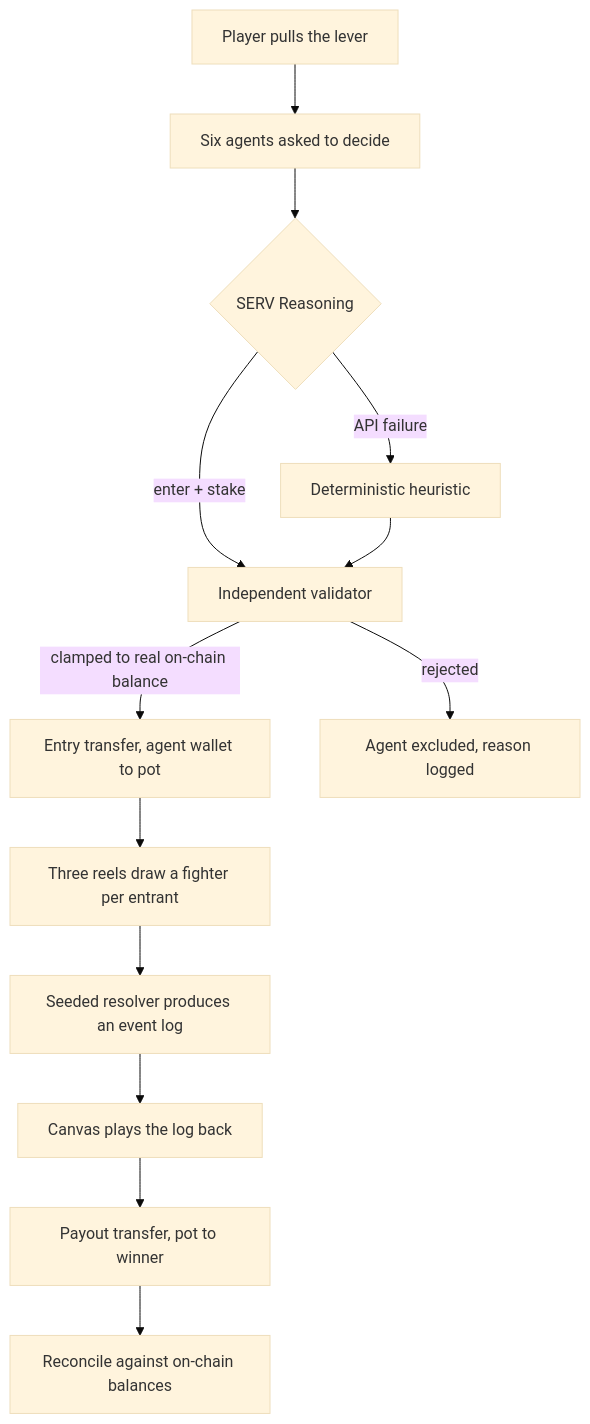
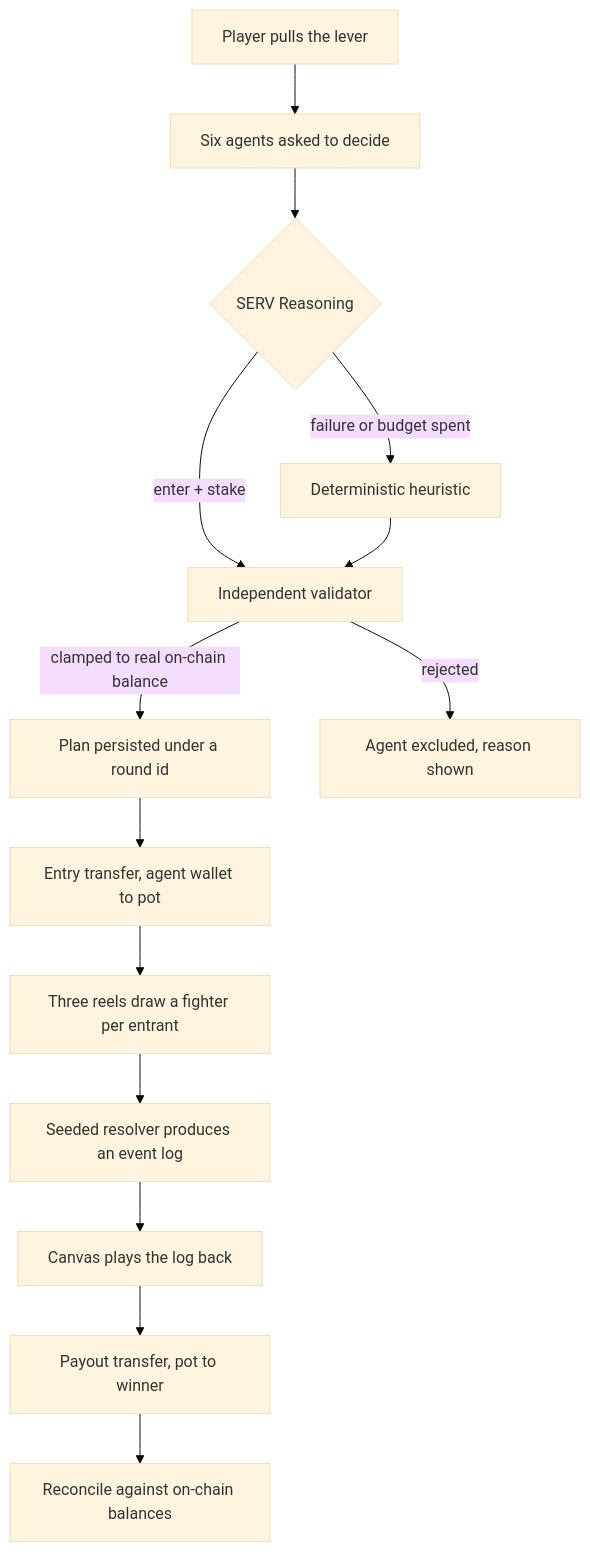
One commit to iam25th1/servpit changed the first of 2 diagrams in README.md. Above: the diagram before and after it, drawn with Mermaid (base theme). The commit also changed other lines of this file, not shown here.

````diff
--- a/README.md
+++ b/README.md
@@ -65,15 +82,16 @@
 ```mermaid
 flowchart TD
     A[Player pulls the lever] --> B[Six agents asked to decide]
     B --> C{SERV Reasoning}
     C -->|enter + stake| D[Independent validator]
-    C -->|API failure| E[Deterministic heuristic]
+    C -->|failure or budget spent| E[Deterministic heuristic]
     E --> D
-    D -->|clamped to real on-chain balance| F[Entry transfer, agent wallet to pot]
-    D -->|rejected| G[Agent excluded, reason logged]
+    D -->|clamped to real on-chain balance| P[Plan persisted under a round id]
+    D -->|rejected| G[Agent excluded, reason shown]
+    P --> F[Entry transfer, agent wallet to pot]
     F --> H[Three reels draw a fighter per entrant]
     H --> I[Seeded resolver produces an event log]
     I --> J[Canvas plays the log back]
     J --> K[Payout transfer, pot to winner]
     K --> L[Reconcile against on-chain balances]
 ```
````
